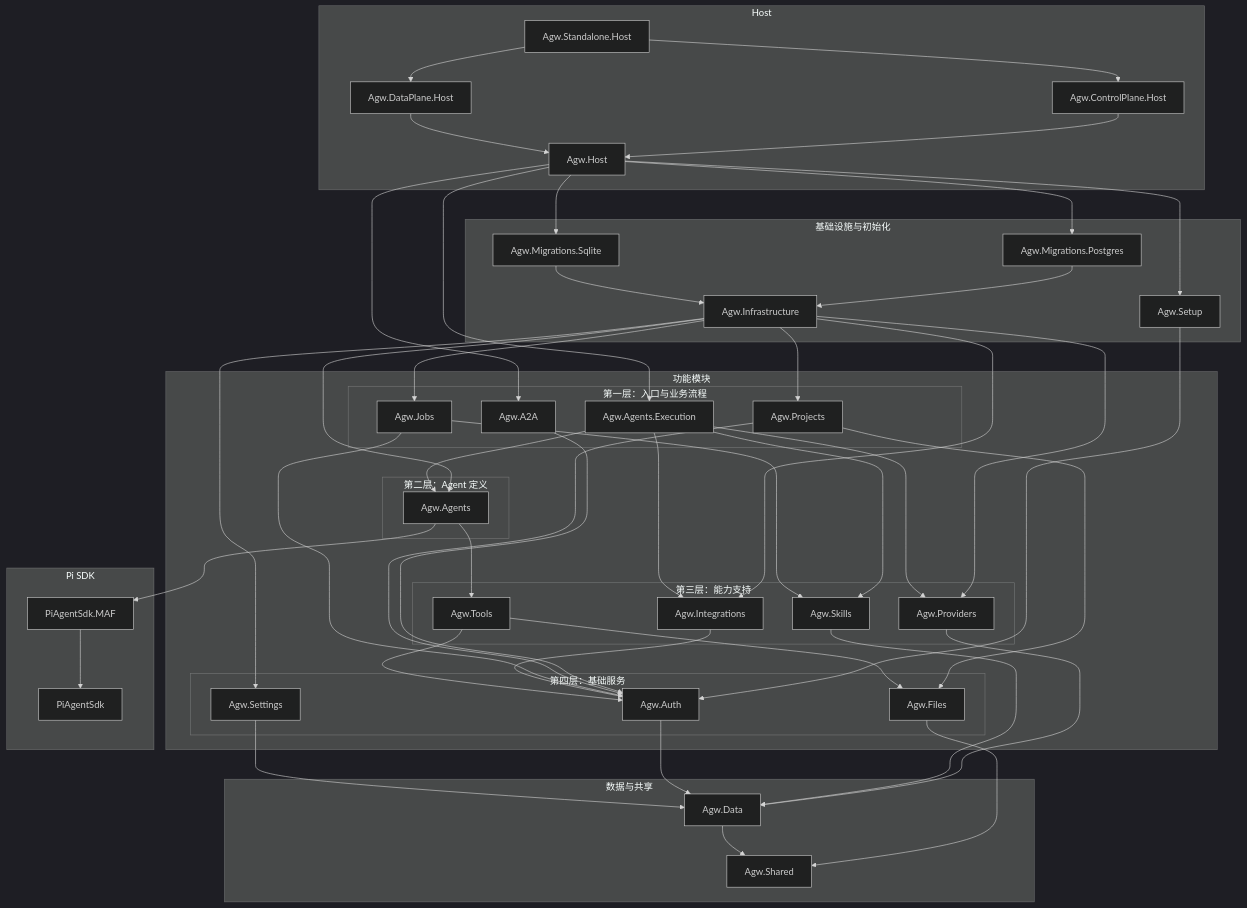
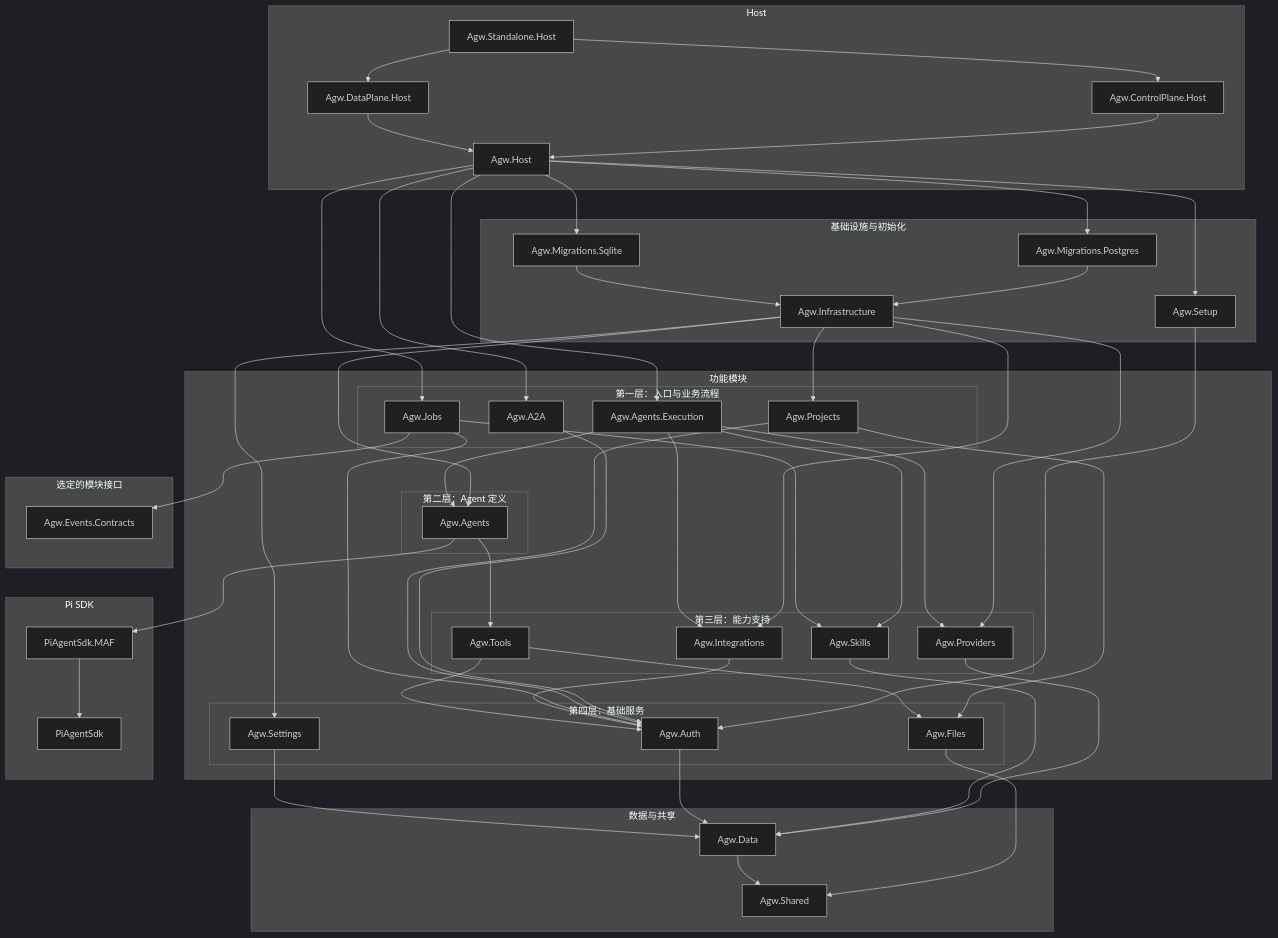
Before and after one commit to zxyao145/agw: the third of 3 diagrams in README.zh-CN.md, drawn with Mermaid (dark theme). The commit also changed other lines of this file and 247 other files, not shown here.

````diff
--- a/README.zh-CN.md
+++ b/README.zh-CN.md
@@ -303,77 +303,81 @@
 ```mermaid
 flowchart TB
     subgraph hosts["Host"]
         agwStandaloneHost["Agw.Standalone.Host"]
         agwControlPlaneHost["Agw.ControlPlane.Host"]
         agwDataPlaneHost["Agw.DataPlane.Host"]
         agwHost["Agw.Host"]
     end
 
     subgraph persistence["基础设施与初始化"]
         agwInfrastructure["Agw.Infrastructure"]
         agwMigrationsPostgres["Agw.Migrations.Postgres"]
         agwMigrationsSqlite["Agw.Migrations.Sqlite"]
         agwSetup["Agw.Setup"]
     end
 
     subgraph modules["功能模块"]
         subgraph entryLayer["第一层：入口与业务流程"]
             agwA2A["Agw.A2A"]
             agwAgentsExecution["Agw.Agents.Execution"]
             agwProjects["Agw.Projects"]
             agwJobs["Agw.Jobs"]
         end
 
         subgraph definitionLayer["第二层：Agent 定义"]
             agwAgents["Agw.Agents"]
         end
 
         subgraph capabilityLayer["第三层：能力支持"]
             agwIntegrations["Agw.Integrations"]
             agwProviders["Agw.Providers"]
             agwTools["Agw.Tools"]
             agwSkills["Agw.Skills"]
         end
 
         subgraph serviceLayer["第四层：基础服务"]
             agwAuth["Agw.Auth"]
             agwFiles["Agw.Files"]
             agwSettings["Agw.Settings"]
         end
     end
 
+    subgraph contracts["选定的模块接口"]
+        agwEventsContracts["Agw.Events.Contracts"]
+    end
+
     subgraph foundation["数据与共享"]
         agwData["Agw.Data"]
         agwShared["Agw.Shared"]
     end
 
     subgraph sdk["Pi SDK"]
         piAgentSdkMAF["PiAgentSdk.MAF"]
         piAgentSdk["PiAgentSdk"]
     end
 
     agwStandaloneHost --> agwControlPlaneHost & agwDataPlaneHost
     agwControlPlaneHost --> agwHost
     agwDataPlaneHost --> agwHost
     agwHost --> agwMigrationsPostgres & agwMigrationsSqlite & agwSetup
-    agwHost --> agwA2A & agwAgentsExecution
+    agwHost --> agwA2A & agwAgentsExecution & agwJobs
     agwMigrationsPostgres --> agwInfrastructure
     agwMigrationsSqlite --> agwInfrastructure
-    agwInfrastructure --> agwAgents & agwProjects & agwJobs
+    agwInfrastructure --> agwAgents & agwProjects
     agwInfrastructure --> agwIntegrations & agwProviders & agwSettings
     agwSetup --> agwAuth
     agwA2A --> agwAuth
     agwAgentsExecution --> agwAgents & agwIntegrations & agwProviders & agwSkills
     agwProjects --> agwFiles & agwAuth
-    agwJobs --> agwSkills & agwAuth
+    agwJobs --> agwEventsContracts & agwSkills & agwAuth
     agwAgents --> agwTools & piAgentSdkMAF
     agwIntegrations --> agwAuth
     agwProviders --> agwData
     agwTools --> agwFiles & agwAuth
     agwSkills --> agwData
     agwAuth --> agwData
     agwSettings --> agwData
     agwFiles --> agwShared
     agwData --> agwShared
     piAgentSdkMAF --> piAgentSdk
 ```
````
